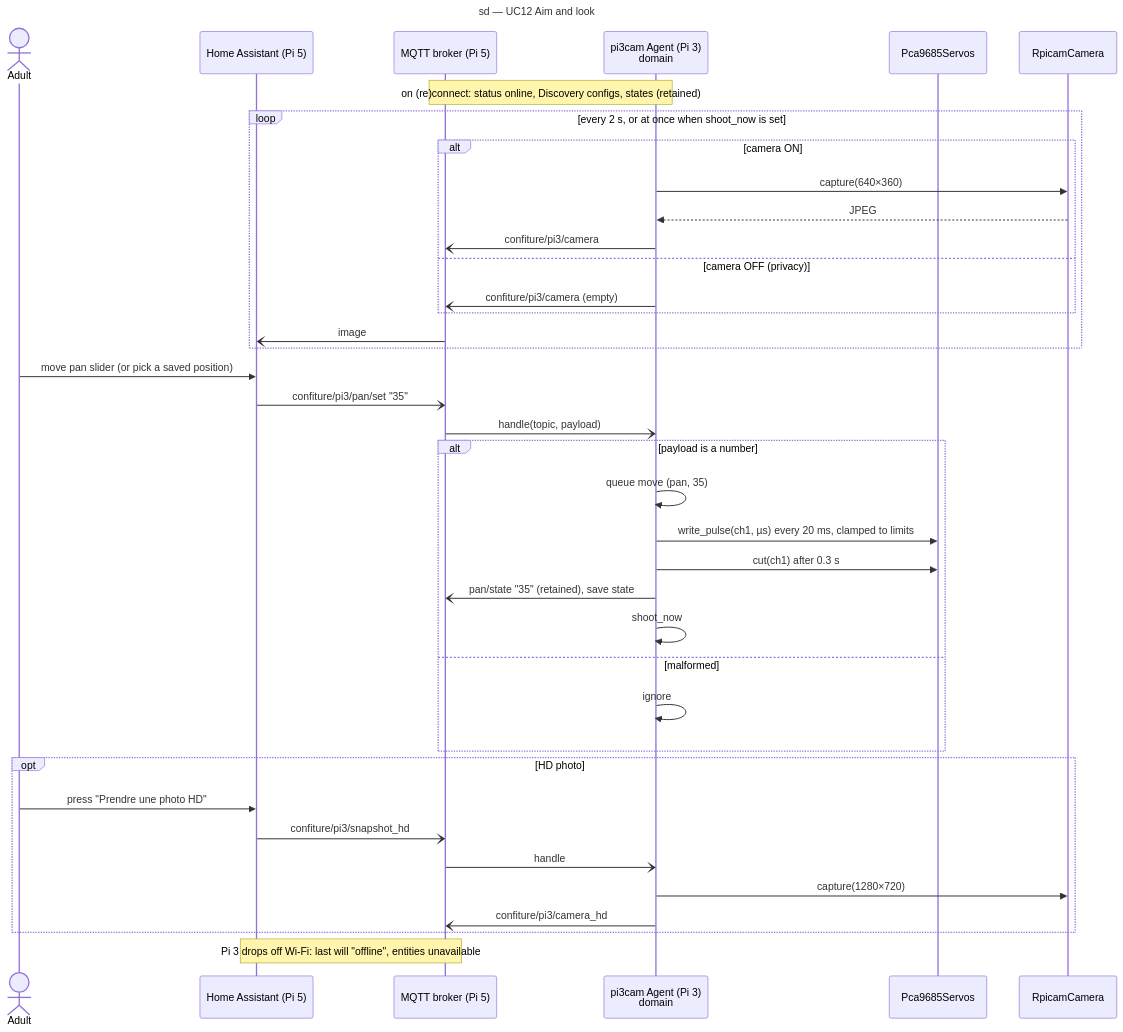
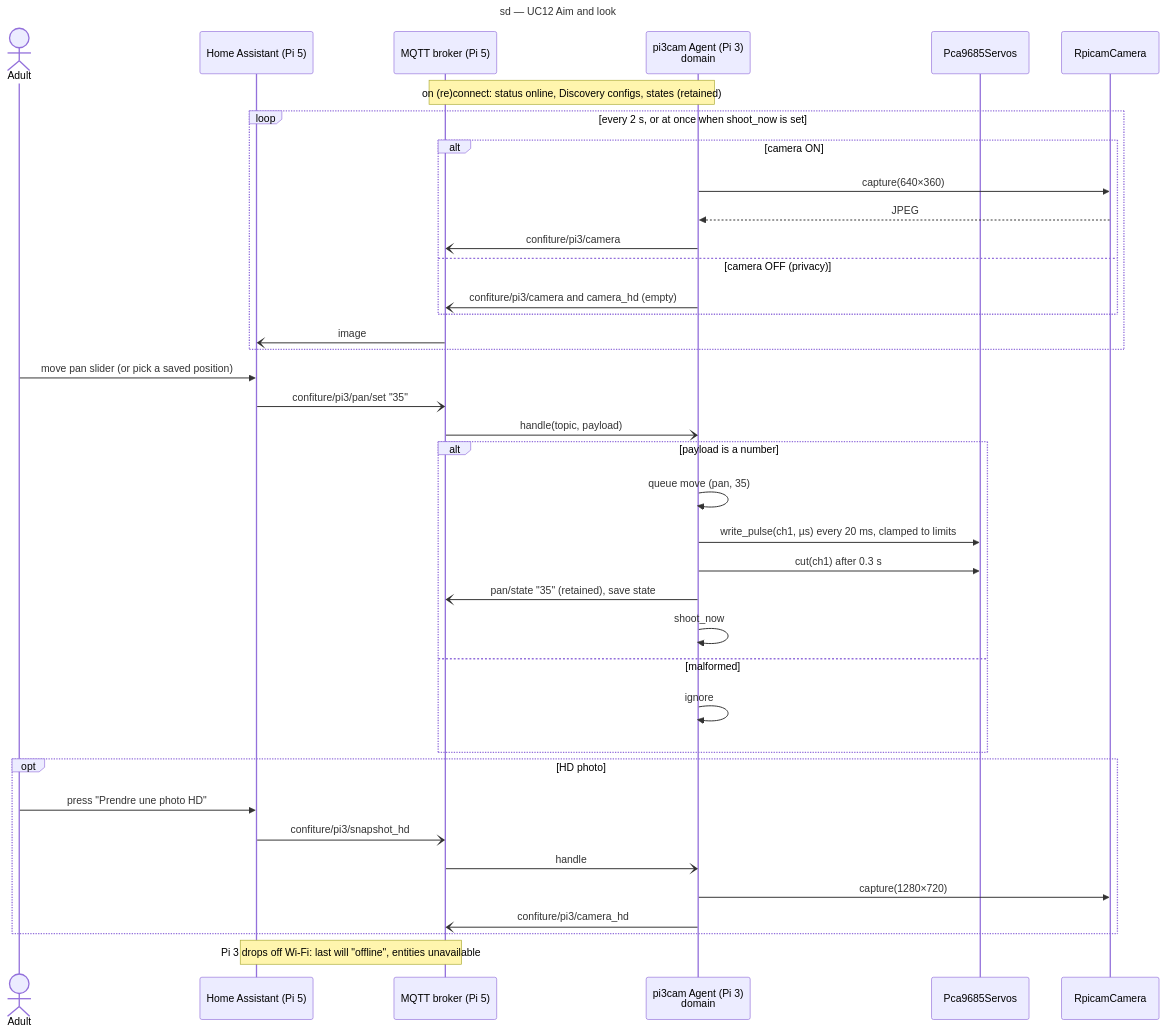
Before and after one commit to benoit-bremaud/confiture: the diagram in docs/architecture/diagrams/pan-tilt-camera/01-sequence-aim-and-look.md, drawn with Mermaid. The commit also changed 6 other files, not shown here.

````diff
--- a/docs/architecture/diagrams/pan-tilt-camera/01-sequence-aim-and-look.md
+++ b/docs/architecture/diagrams/pan-tilt-camera/01-sequence-aim-and-look.md
@@ -16,44 +16,44 @@
 ```mermaid
 ---
 title: sd — UC12 Aim and look
 ---
 sequenceDiagram
   actor Adult
   participant HA as Home Assistant (Pi 5)
   participant MQ as MQTT broker (Pi 5)
   participant AG as pi3cam Agent (Pi 3)<br/>domain
   participant SV as Pca9685Servos
   participant CAM as RpicamCamera
 
   Note over AG,MQ: on (re)connect: status online, Discovery configs, states (retained)
   loop every 2 s, or at once when shoot_now is set
     alt camera ON
       AG->>CAM: capture(640×360)
       CAM-->>AG: JPEG
       AG-)MQ: confiture/pi3/camera
     else camera OFF (privacy)
-      AG-)MQ: confiture/pi3/camera (empty)
+      AG-)MQ: confiture/pi3/camera and camera_hd (empty)
     end
     MQ-)HA: image
   end
   Adult->>HA: move pan slider (or pick a saved position)
   HA-)MQ: confiture/pi3/pan/set "35"
   MQ-)AG: handle(topic, payload)
   alt payload is a number
     AG->>AG: queue move (pan, 35)
     AG->>SV: write_pulse(ch1, µs) every 20 ms, clamped to limits
     AG->>SV: cut(ch1) after 0.3 s
     AG-)MQ: pan/state "35" (retained), save state
     AG->>AG: shoot_now
   else malformed
     AG->>AG: ignore
   end
   opt HD photo
     Adult->>HA: press "Prendre une photo HD"
     HA-)MQ: confiture/pi3/snapshot_hd
     MQ-)AG: handle
     AG->>CAM: capture(1280×720)
     AG-)MQ: confiture/pi3/camera_hd
   end
   Note over MQ,HA: Pi 3 drops off Wi-Fi: last will "offline", entities unavailable
 ```
````
